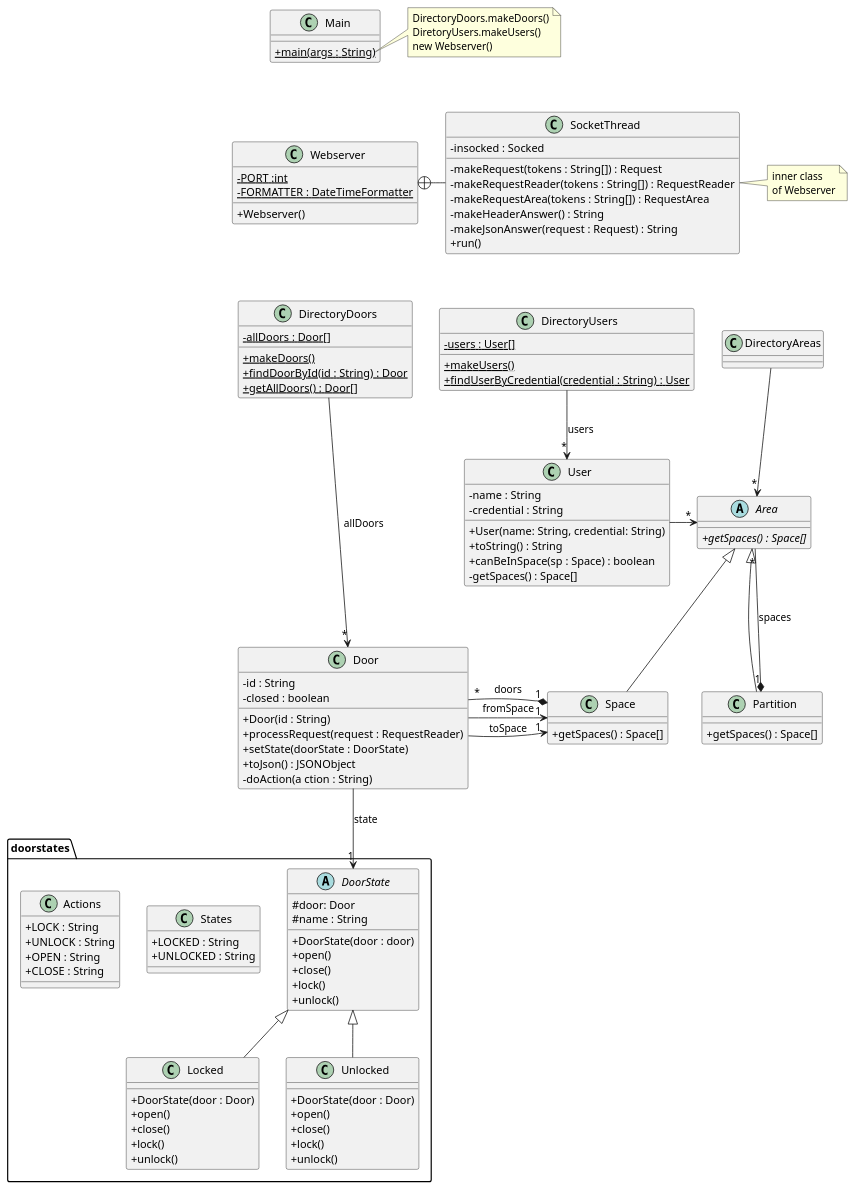
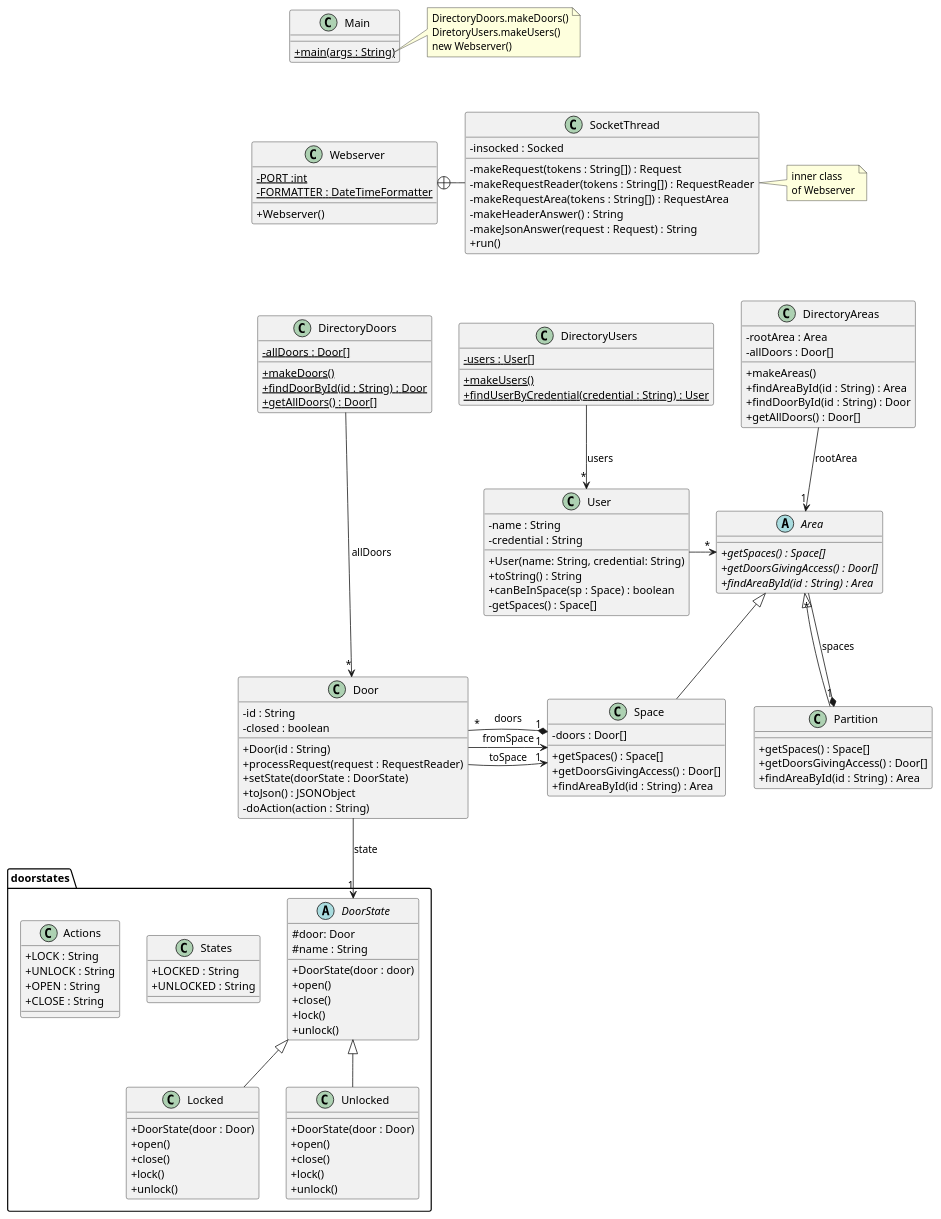
The diagram in src/baseNoStates/uml/base_no_states.puml (leonhrt/DSW-ACS), drawn with PlantUML before and after one commit.

Commit message:
updated composite uml

```diff
--- a/src/baseNoStates/uml/base_no_states.puml
+++ b/src/baseNoStates/uml/base_no_states.puml
@@ -1,150 +1,164 @@
 @startuml
 'https://plantuml.com/class-diagram
 skinparam classAttributeIconSize 0
 
 class Webserver {
 - {static} PORT :int
 - {static} FORMATTER : DateTimeFormatter
 + Webserver()
 }
 
 class SocketThread {
 - insocked : Socked
 - makeRequest(tokens : String[]) : Request
 - makeRequestReader(tokens : String[]) : RequestReader
 - makeRequestArea(tokens : String[]) : RequestArea
 - makeHeaderAnswer() : String
 - makeJsonAnswer(request : Request) : String
 + run()
 }
 
 Webserver +-right- SocketThread
 
 note right of SocketThread
 inner class
 of Webserver
 end note
 
 class DirectoryDoors {
 - {static} allDoors : Door[]
 + {static} makeDoors()
 + {static} findDoorById(id : String) : Door
 + {static} getAllDoors() : Door[]
 }
 
 DirectoryDoors --> "*" Door : "allDoors"
 
 class DirectoryUsers {
 - {static} users : User[]
 + {static} makeUsers()
 + {static} findUserByCredential(credential : String) : User
 }
 
 DirectoryUsers --> "*" User : "users"
 
 class Door {
 - id : String
 - closed : boolean
 + Door(id : String)
 + processRequest(request : RequestReader)
 + setState(doorState : DoorState)
 + toJson() : JSONObject
 '+ toString() : String
 '+ isClosed() :boolean
 '+ setClosed(b : boolean)
 '+ getStateName() : String
-- doAction(a ction : String)
+- doAction(action : String)
 }
 
 class Space extends Area{
+-doors : Door[]
 +getSpaces() : Space[]
++getDoorsGivingAccess() : Door[]
++findAreaById(id : String) : Area
 }
 
 class Partition extends Area{
 +getSpaces() : Space[]
++getDoorsGivingAccess() : Door[]
++findAreaById(id : String) : Area
 }
 
 
 package "doorstates" {
 abstract class DoorState{
 # door: Door
 #name : String
 +DoorState(door : door)
 +open()
 +close()
 +lock()
 +unlock()
 }
 
 class Locked extends DoorState{
 +DoorState(door : Door)
 +open()
 +close()
 +lock()
 +unlock()
 }
 
 class Unlocked extends DoorState{
 +DoorState(door : Door)
 +open()
 +close()
 +lock()
 +unlock()
 }
 
 class States{
 +LOCKED : String
 +UNLOCKED : String
 }
 
 class Actions{
 +LOCK : String
 +UNLOCK : String
 +OPEN : String
 + CLOSE : String
 }
 }
 
-class DirectoryAreas{}
+class DirectoryAreas{
+-rootArea : Area
+-allDoors : Door[]
++makeAreas()
++findAreaById(id : String) : Area
++findDoorById(id : String) : Door
++getAllDoors() : Door[]
+}
 
 
 
 
 class User {
 - name : String
 - credential : String
 + User(name: String, credential: String)
 + toString() : String
 + canBeInSpace(sp : Space) : boolean
 - getSpaces() : Space[]
 }
 
 abstract Class Area{
 +{abstract}getSpaces() : Space[]
++{abstract}getDoorsGivingAccess() : Door[]
++{abstract}findAreaById(id : String) : Area
 }
 
 
 class Main {
 + {static} main(args : String)
 }
 
 note right of Main::main
 DirectoryDoors.makeDoors()
 DiretoryUsers.makeUsers()
 new Webserver()
 end note
 
 Main -[hidden]down- Webserver
 Webserver -[hidden]down- DirectoryDoors
 DirectoryDoors -[hidden]right- DirectoryUsers
 
 
 Door --> " 1" DoorState : state
 Door -> "1" Space : fromSpace
 Door -> "1" Space : toSpace
 Space "1" *-left- "*" Door : doors
 User -> "*" Area
 Partition "1" *-- "*" Area : spaces
-DirectoryAreas -down-> "*" Area
+DirectoryAreas -down-> "1" Area : rootArea
 
 @enduml
```
